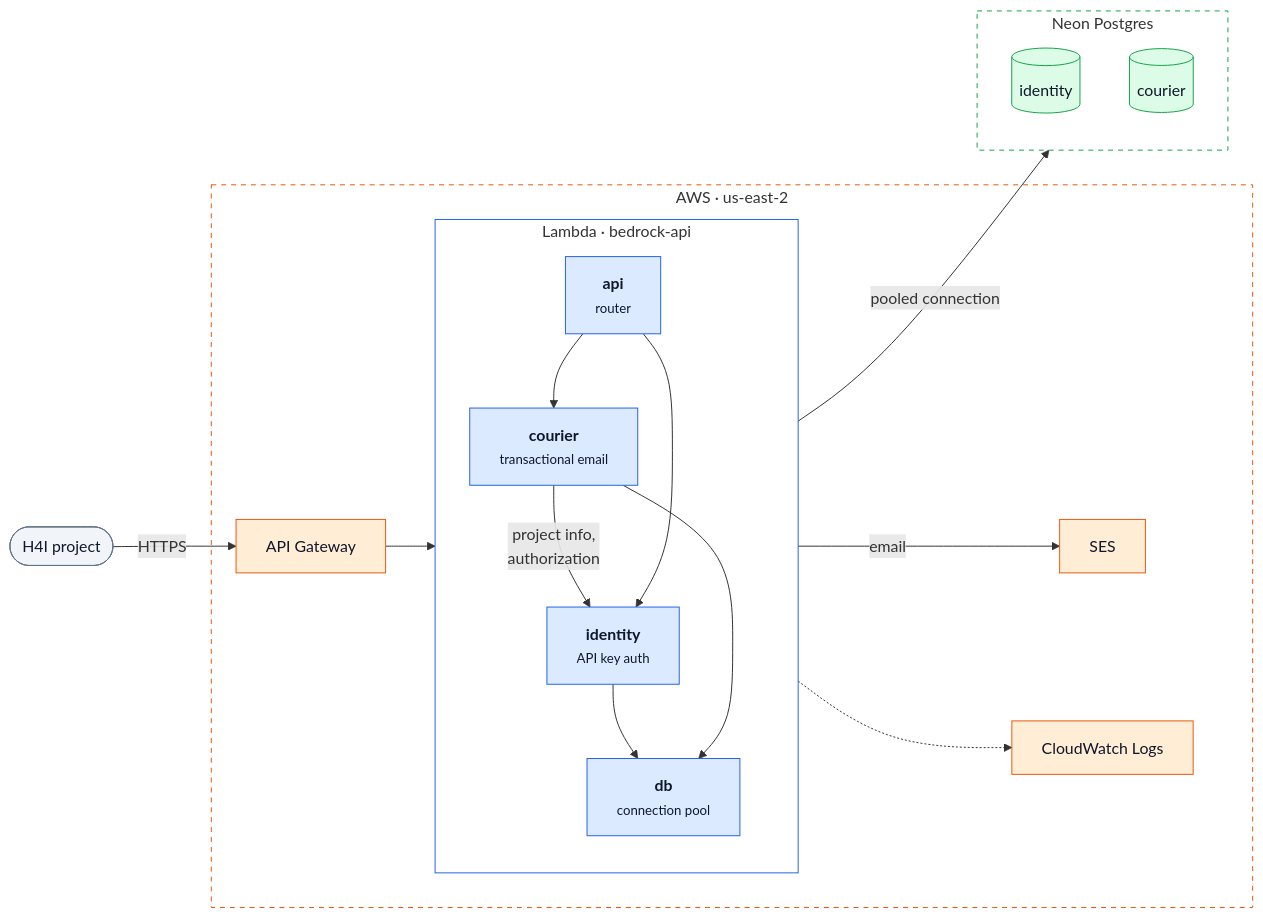
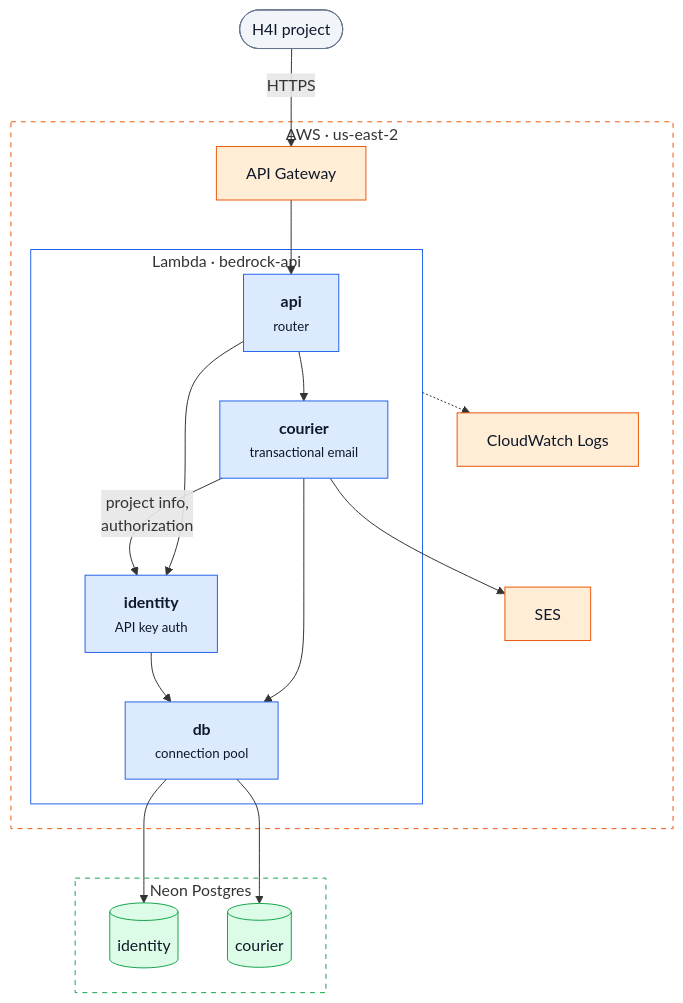
One commit to Hack4Impact-UMD/bedrock changed the diagram in README.md. Above: the diagram before and after it, drawn with Mermaid.

````diff
--- a/README.md
+++ b/README.md
@@ -12,46 +12,45 @@
 ```mermaid
-flowchart LR
+flowchart TB
     client(["H4I project"])
 
     subgraph aws["AWS · us-east-2"]
         apigw["API Gateway"]
 
         subgraph lambda["Lambda · bedrock-api"]
-            direction TB
             api["<b>api</b><br/><small>router</small>"]
             courier["<b>courier</b><br/><small>transactional email</small>"]
             identity["<b>identity</b><br/><small>API key auth</small>"]
             db["<b>db</b><br/><small>connection pool</small>"]
-            api --> courier
-            courier -- "project info,<br/>authorization" --> identity
-            api --> identity
-            identity --> db
-            courier --> db
         end
 
         ses["SES"]
         logs["CloudWatch Logs"]
     end
 
     subgraph neon["Neon Postgres"]
         identity_schema[("identity")]
         courier_schema[("courier")]
     end
 
-    client -- HTTPS --> apigw --> lambda
-    lambda -- "pooled connection" --> neon
-    lambda -- email --> ses
+    client -- HTTPS --> apigw --> api
+    api --> courier
+    courier -- "project info,<br/>authorization" --> identity
+    api --> identity
+    identity --> db
+    courier --> db
+    db --> identity_schema & courier_schema
+    courier --> ses
     lambda -.-> logs
 
     classDef crate fill:#dbeafe,stroke:#2563eb,color:#0f172a
     classDef awsSvc fill:#ffedd5,stroke:#ea580c,color:#0f172a
     classDef store fill:#dcfce7,stroke:#16a34a,color:#0f172a
     classDef ext fill:#f1f5f9,stroke:#64748b,color:#0f172a
     class api,identity,courier,db crate
     class apigw,ses,logs awsSvc
     class identity_schema,courier_schema store
     class client ext
     style aws fill:none,stroke:#ea580c,stroke-dasharray:5 5
     style lambda fill:none,stroke:#2563eb
     style neon fill:none,stroke:#16a34a,stroke-dasharray:5 5
 ```
````
